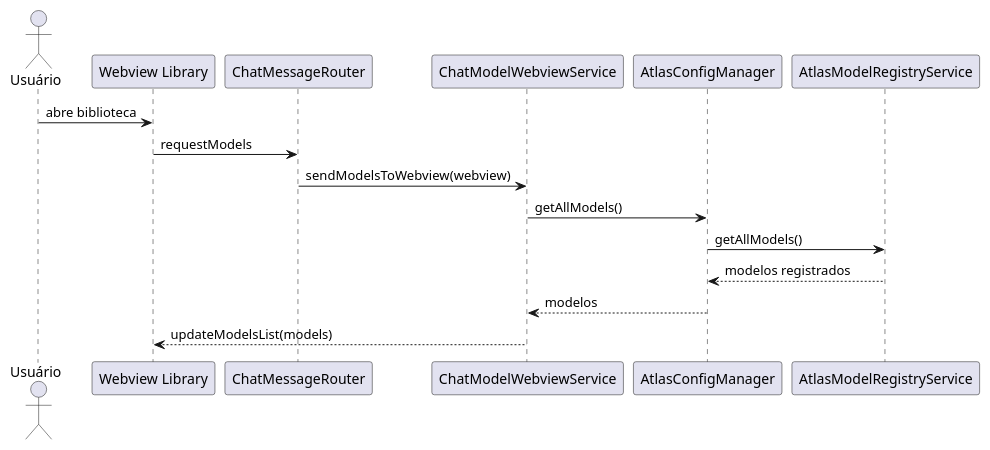
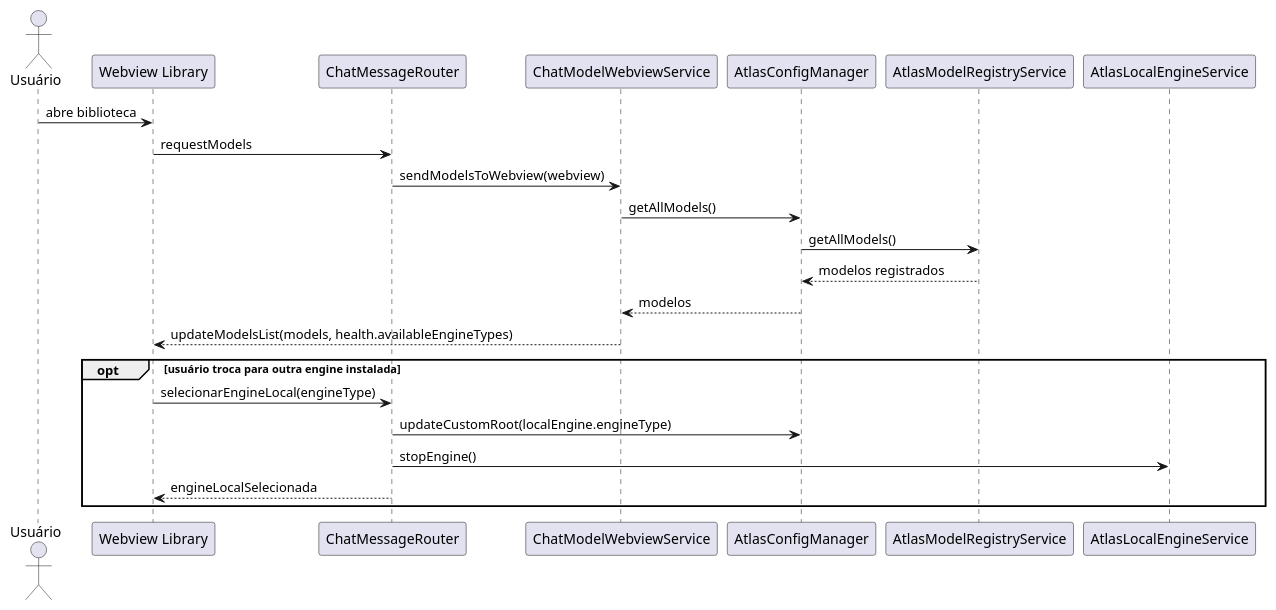
One commit to JVictorVI/ATLAS changed diagram 18 of 41 in docs/plantuml-diagramas-por-caso-de-uso-atlas.md. Above: the diagram before and after it, drawn with PlantUML. The commit also changed other lines of this file and 34 other files, not shown here.

````diff
--- a/docs/plantuml-diagramas-por-caso-de-uso-atlas.md
+++ b/docs/plantuml-diagramas-por-caso-de-uso-atlas.md
@@ -696,20 +707,27 @@
 ```plantuml
 @startuml
 skinparam shadowing false
 actor Usuário
 participant "Webview Library" as Library
 participant ChatMessageRouter as Router
 participant ChatModelWebviewService as ModelWebview
 participant AtlasConfigManager as Config
 participant AtlasModelRegistryService as Registry
+participant AtlasLocalEngineService as Engine
 
 Usuário -> Library : abre biblioteca
 Library -> Router : requestModels
 Router -> ModelWebview : sendModelsToWebview(webview)
 ModelWebview -> Config : getAllModels()
 Config -> Registry : getAllModels()
 Registry --> Config : modelos registrados
 Config --> ModelWebview : modelos
-ModelWebview --> Library : updateModelsList(models)
+ModelWebview --> Library : updateModelsList(models, health.availableEngineTypes)
+opt usuário troca para outra engine instalada
+  Library -> Router : selecionarEngineLocal(engineType)
+  Router -> Config : updateCustomRoot(localEngine.engineType)
+  Router -> Engine : stopEngine()
+  Router --> Library : engineLocalSelecionada
+end
 @enduml
 ```
````
